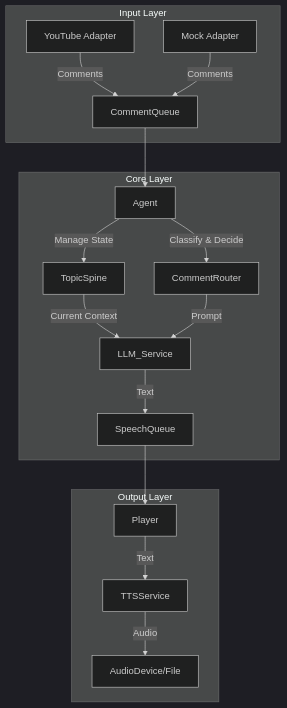
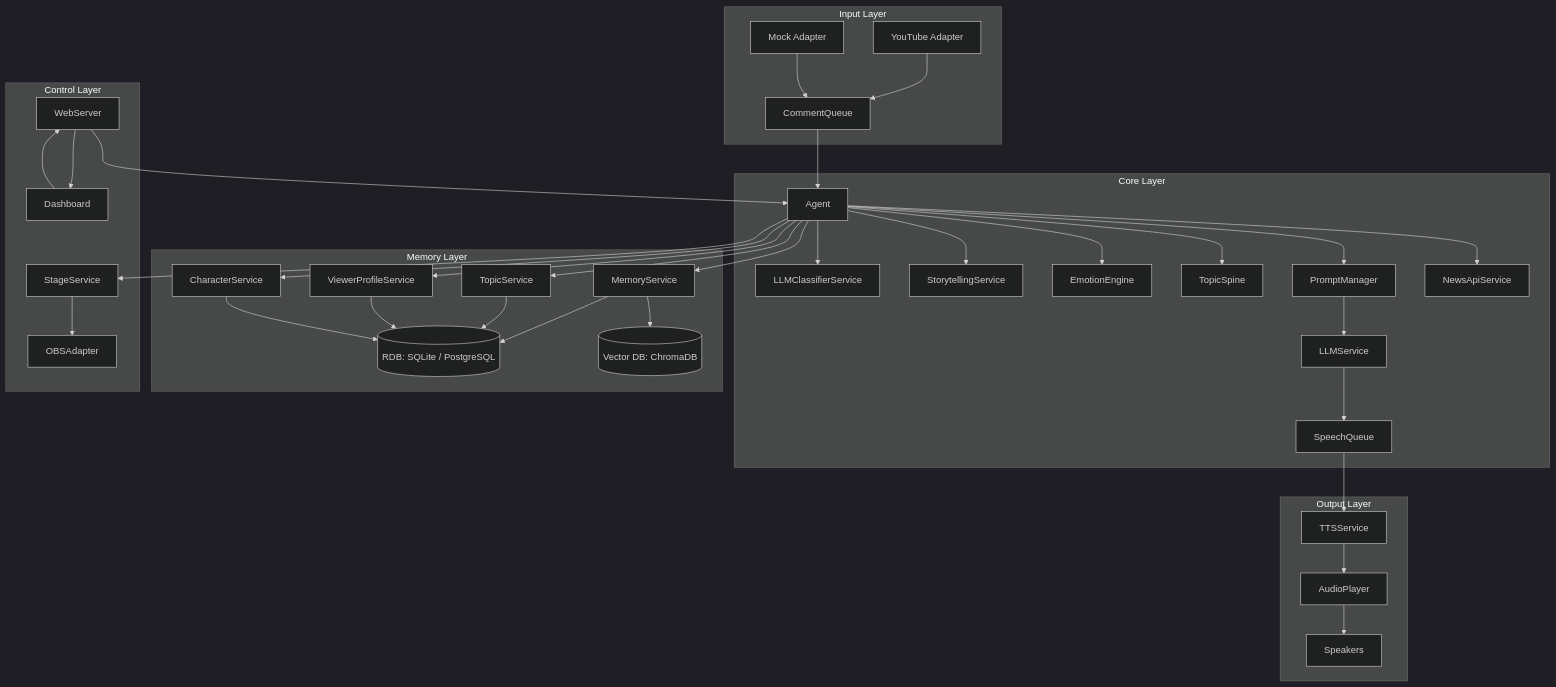
The diagram in docs/architecture.md (yuya-fujita-1201/AI-Vtuber), drawn with Mermaid (dark theme) before and after one commit. The commit also changed other lines of this file and 9 other files, not shown here.

````diff
--- a/docs/architecture.md
+++ b/docs/architecture.md
@@ -6,22 +6,45 @@
 ```mermaid
 graph TD
     subgraph Input Layer
-        YouTubeAdapter[YouTube Adapter] --> |Comments| CommentQueue
-        MockAdapter[Mock Adapter] --> |Comments| CommentQueue
+        YouTubeAdapter[YouTube Adapter] --> CommentQueue
+        MockAdapter[Mock Adapter] --> CommentQueue
     end
 
     subgraph Core Layer
         CommentQueue --> Agent
-        Agent --> |Classify & Decide| CommentRouter
-        Agent --> |Manage State| TopicSpine
-        TopicSpine --> |Current Context| LLM_Service
-        CommentRouter --> |Prompt| LLM_Service
-        LLM_Service --> |Text| SpeechQueue
+        Agent --> LLMClassifierService
+        Agent --> StorytellingService
+        Agent --> EmotionEngine
+        Agent --> TopicSpine
+        Agent --> PromptManager
+        PromptManager --> LLMService
+        LLMService --> SpeechQueue
+        Agent --> NewsApiService
+    end
+
+    subgraph Memory Layer
+        Agent --> MemoryService
+        Agent --> TopicService
+        Agent --> ViewerProfileService
+        Agent --> CharacterService
+        MemoryService --> Prisma[(RDB: SQLite / PostgreSQL)]
+        TopicService --> Prisma
+        ViewerProfileService --> Prisma
+        CharacterService --> Prisma
+        MemoryService --> Chroma[(Vector DB: ChromaDB)]
     end
 
     subgraph Output Layer
-        SpeechQueue --> Player
-        Player --> |Text| TTSService
-        TTSService --> |Audio| AudioDevice/File
+        SpeechQueue --> TTSService
+        TTSService --> AudioPlayer
+        AudioPlayer --> Speakers
+    end
+
+    subgraph Control Layer
+        WebServer --> Dashboard
+        Dashboard --> WebServer
+        WebServer --> Agent
+        Agent --> StageService
+        StageService --> OBSAdapter
     end
 ```
````
